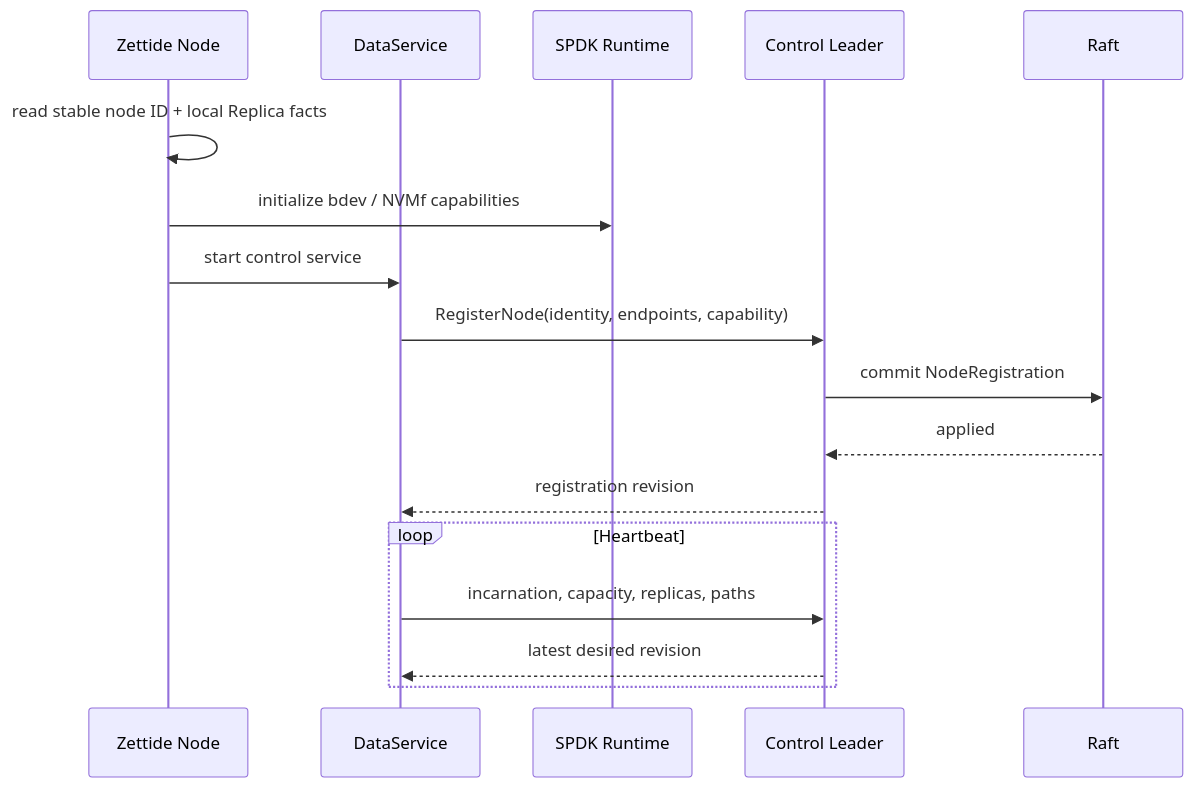
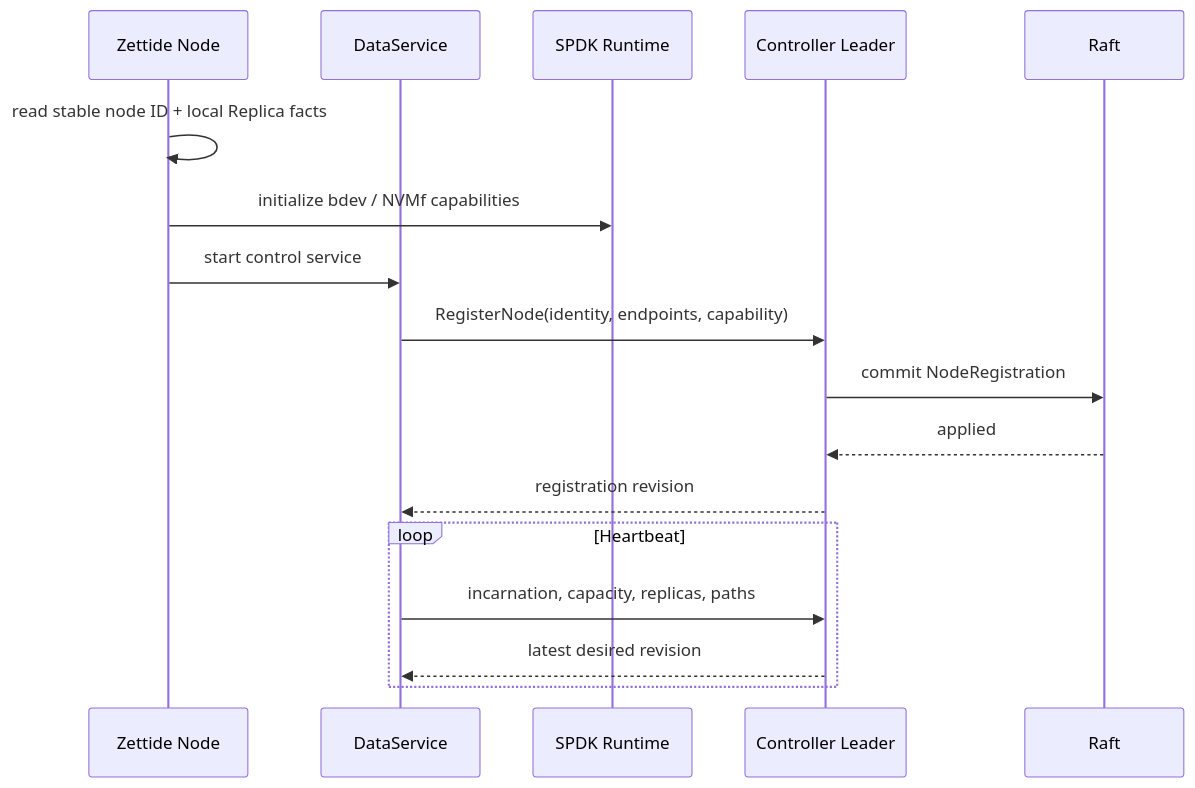
One commit to fanyang89/zettide changed the second of 5 diagrams in docs/architecture/zh-CN/06-io-and-control-flows.md. Above: the diagram before and after it, drawn with Mermaid. The commit also changed other lines of this file and 59 other files, not shown here.

Commit message:
refactor: rename control service to controller

````diff
--- a/docs/architecture/zh-CN/06-io-and-control-flows.md
+++ b/docs/architecture/zh-CN/06-io-and-control-flows.md
@@ -53,20 +53,20 @@
 ```mermaid
 sequenceDiagram
     participant N as Zettide Node
     participant D as DataService
     participant S as SPDK Runtime
-    participant C as Control Leader
+    participant C as Controller Leader
     participant R as Raft
 
     N->>N: read stable node ID + local Replica facts
     N->>S: initialize bdev / NVMf capabilities
     N->>D: start control service
     D->>C: RegisterNode(identity, endpoints, capability)
     C->>R: commit NodeRegistration
     R-->>C: applied
     C-->>D: registration revision
     loop Heartbeat
         D->>C: incarnation, capacity, replicas, paths
         C-->>D: latest desired revision
     end
 ```
````
